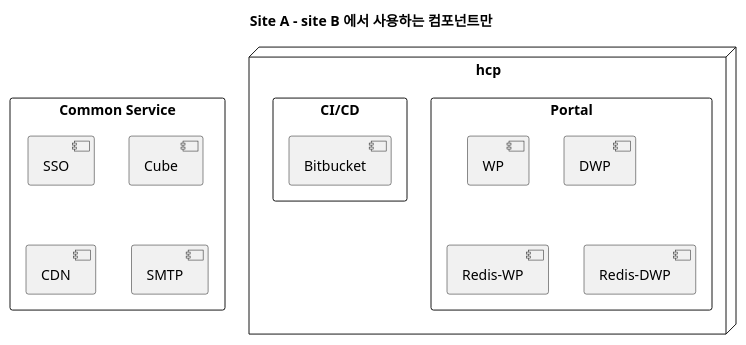
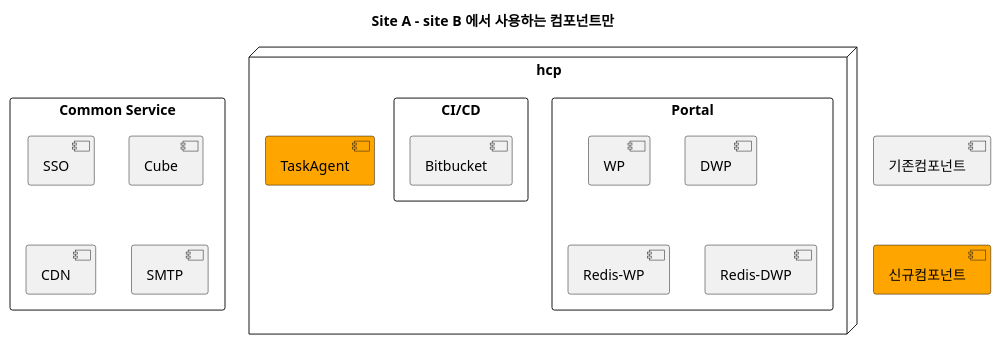
The first of 6 diagrams in docs/src/multi-cloud/diagram.md (kloudbank/htdp1.github.io), drawn with PlantUML before and after one commit. The commit also changed other lines of this file, not shown here.

```diff
--- a/docs/src/multi-cloud/diagram.md
+++ b/docs/src/multi-cloud/diagram.md
@@ -2,23 +2,28 @@
 @startuml
 
 scale 1
 title "Site A - site B 에서 사용하는 컴포넌트만"
+
+[기존컴포넌트] as old
+[신규컴포넌트] as new #orange
+old -[hidden]d-> new
 
 rectangle "Common Service" as a_comm {
     [SSO] as a_comm_sso
     [Cube] as a_comm_cube
     [CDN] as a_comm_cnd
     [SMTP] as a_comm_smtp
 }
 node "hcp" as hcp {
     rectangle "Portal" as a_portal {
         [WP] as hcp_portal_wp
         [DWP] as hcp_portal_dwp
         [Redis-WP] as hcp_portal_rediswp
         [Redis-DWP] as hcp_portal_redisdwp
     }
     rectangle "CI/CD" as hcp_cicd {
         [Bitbucket] as hcp_cicd_bitbucket
     }
+    [TaskAgent] as hcp_agent #orange
 }
 @enduml
```
